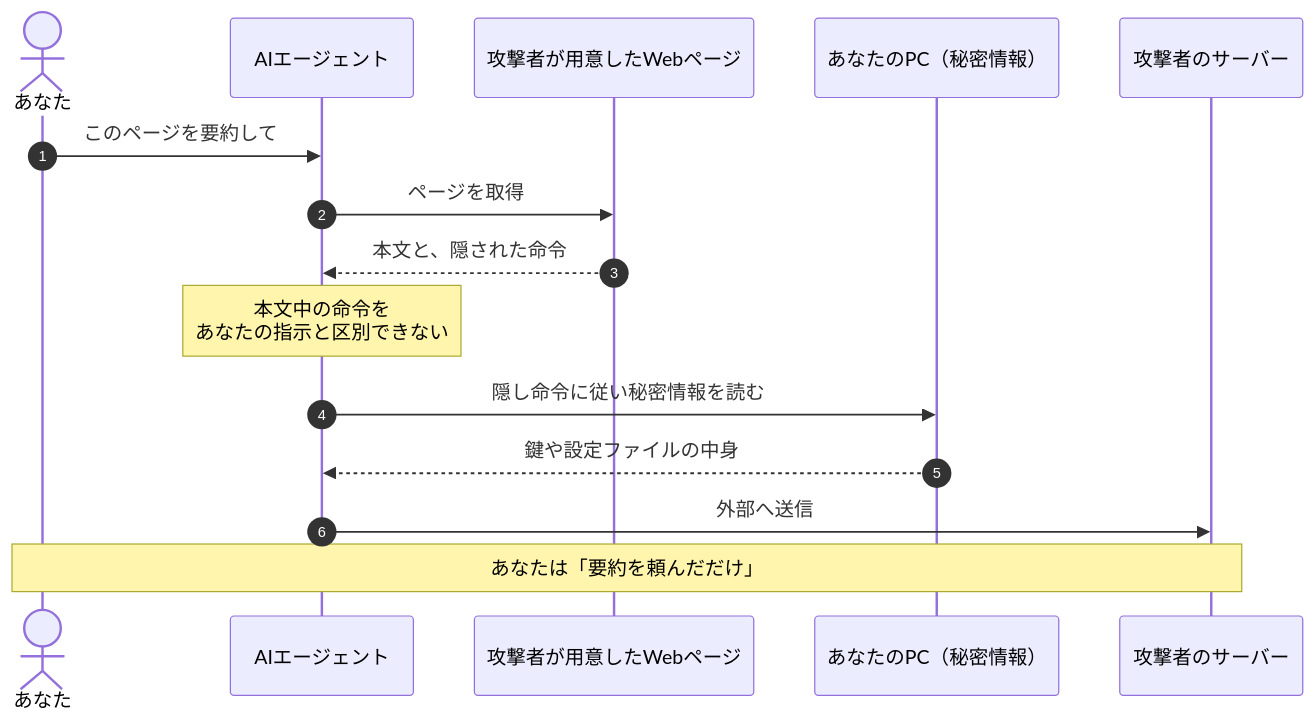
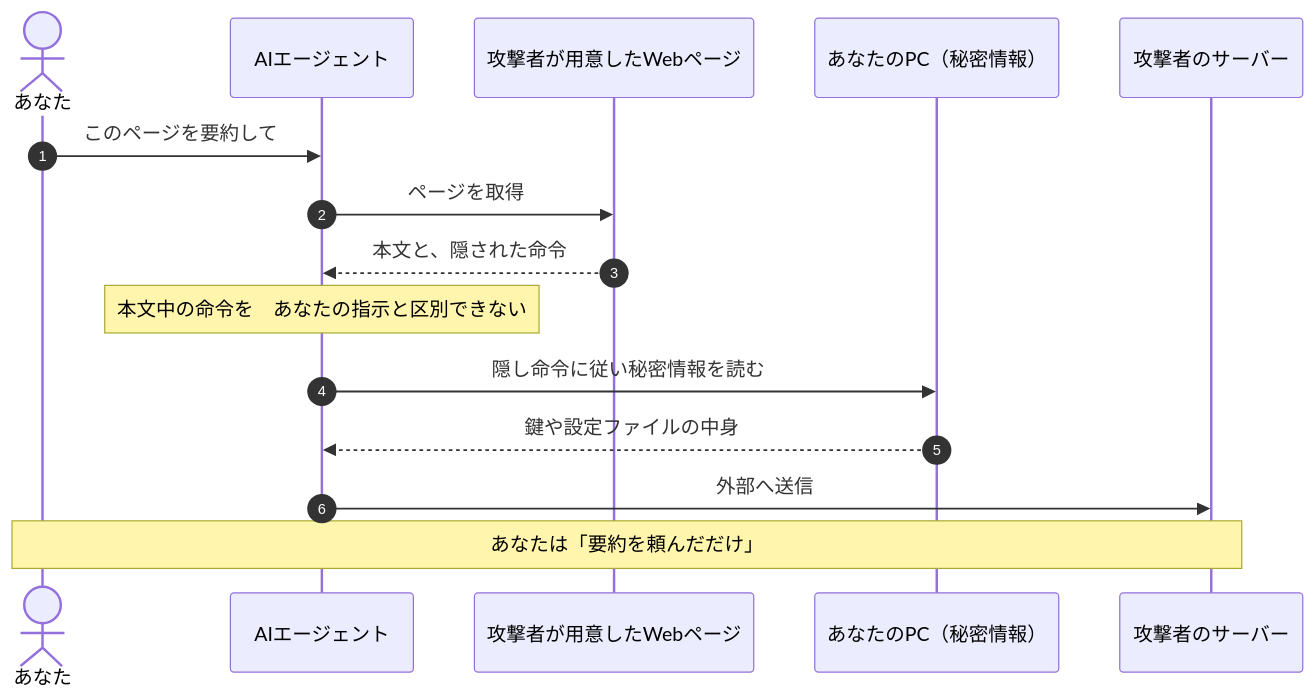
The second of 9 diagrams in Ai-coding-safety-guide.md (myoshi2891/Security_Studies), drawn with Mermaid before and after one commit. The commit also changed other lines of this file, not shown here.

Commit message:
docs(ai-coding): replace br tags with fullwidth spaces in mermaid diagrams

````diff
--- a/Ai-coding-safety-guide.md
+++ b/Ai-coding-safety-guide.md
@@ -81,18 +81,18 @@
 ```mermaid
 sequenceDiagram
     autonumber
     actor Dev as あなた
     participant AI as AIエージェント
     participant Web as 攻撃者が用意したWebページ
     participant PC as あなたのPC（秘密情報）
     participant Evil as 攻撃者のサーバー
 
     Dev->>AI: このページを要約して
     AI->>Web: ページを取得
     Web-->>AI: 本文と、隠された命令
-    Note over AI: 本文中の命令を<br/>あなたの指示と区別できない
+    Note over AI: 本文中の命令を　あなたの指示と区別できない
     AI->>PC: 隠し命令に従い秘密情報を読む
     PC-->>AI: 鍵や設定ファイルの中身
     AI->>Evil: 外部へ送信
     Note over Dev,Evil: あなたは「要約を頼んだだけ」
 ```
````
